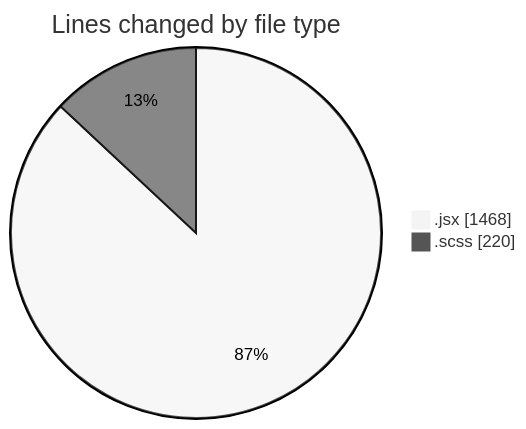
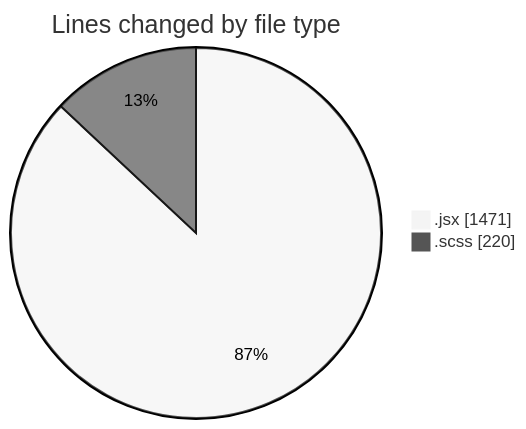
The first of 2 diagrams in 2026-09-02/cda/README.md (momahboobian/code-tracking), drawn with Mermaid (neutral theme) before and after one commit. The commit also changed other lines of this file and 1 other file, not shown here.

````diff
--- a/2026-09-02/cda/README.md
+++ b/2026-09-02/cda/README.md
@@ -26,6 +26,6 @@
 ```mermaid
 pie showData
 title Lines changed by file type
-".jsx" : 1468
+".jsx" : 1471
 ".scss" : 220
 ```
````
